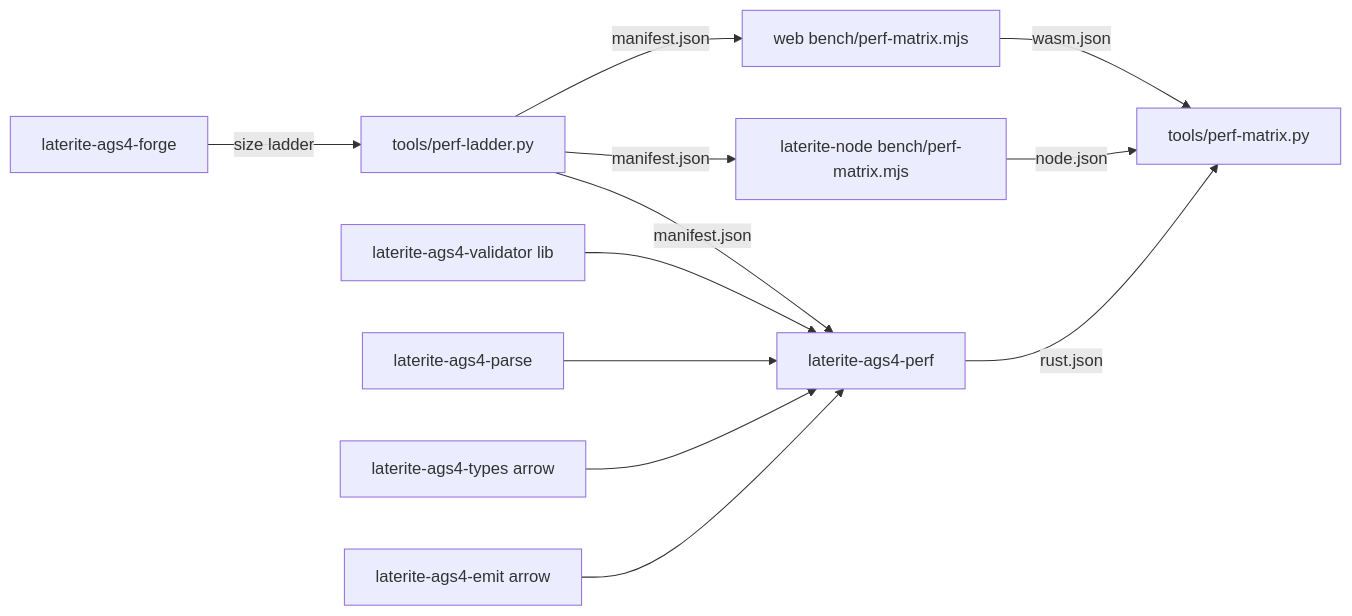
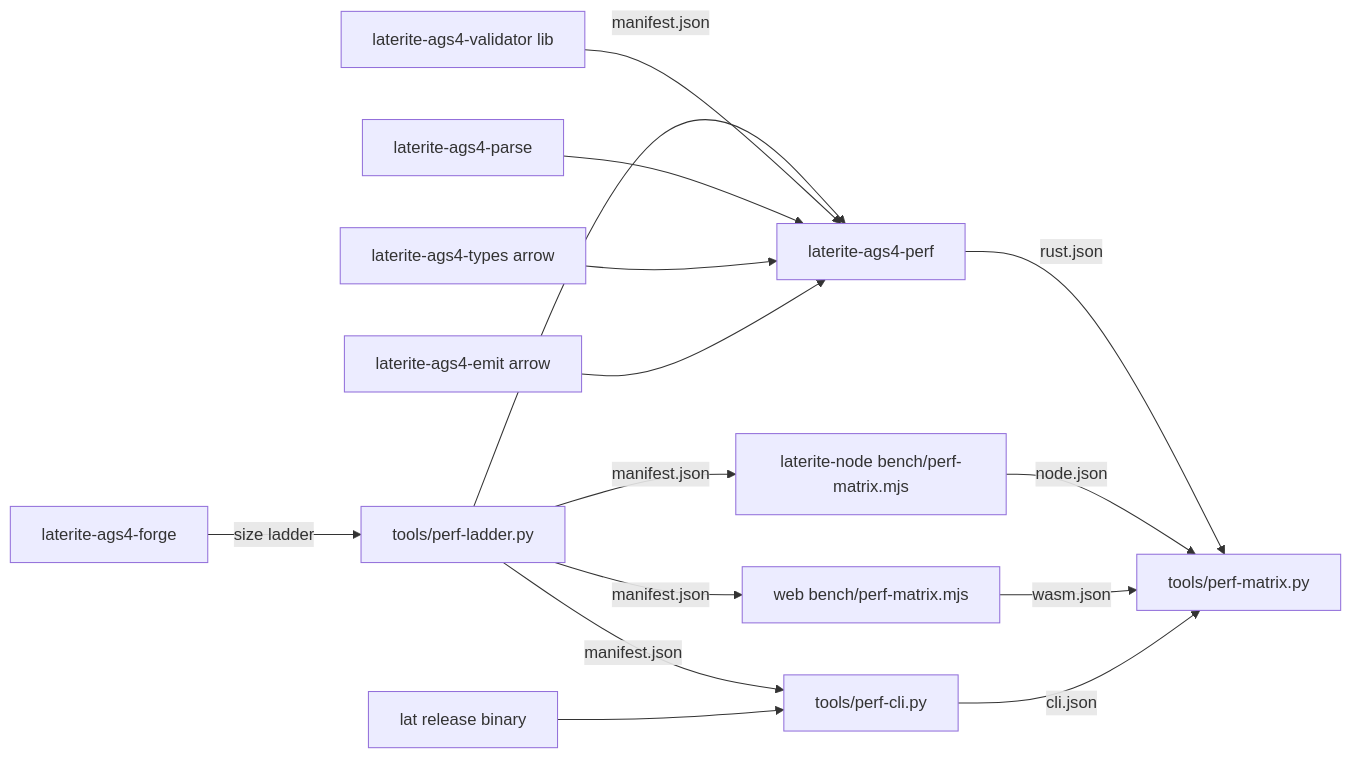
The diagram in ags-wiki/tools/laterite-ags4-perf.md (niko86/laterite), drawn with Mermaid before and after one commit. The commit also changed other lines of this file and 5 other files, not shown here.

Commit message:
perf: the CLI surface joins the measured ladder — a named lat binary, one fresh subprocess per cell, the doors under their own names (#825)

````diff
--- a/ags-wiki/tools/laterite-ags4-perf.md
+++ b/ags-wiki/tools/laterite-ags4-perf.md
@@ -80,14 +80,17 @@
 ```mermaid
 flowchart LR
   forge[laterite-ags4-forge] -->|size ladder| ladder[tools/perf-ladder.py]
   ladder -->|manifest.json| perf[laterite-ags4-perf]
   ladder -->|manifest.json| nodelane[laterite-node bench/perf-matrix.mjs]
   ladder -->|manifest.json| wasmlane[web bench/perf-matrix.mjs]
+  ladder -->|manifest.json| clilane[tools/perf-cli.py]
   val[laterite-ags4-validator lib] --> perf
   parse[laterite-ags4-parse] --> perf
   types[laterite-ags4-types arrow] --> perf
   emit[laterite-ags4-emit arrow] --> perf
+  latbin[lat release binary] --> clilane
   perf -->|rust.json| matrix[tools/perf-matrix.py]
   nodelane -->|node.json| matrix
   wasmlane -->|wasm.json| matrix
+  clilane -->|cli.json| matrix
 ```
````
